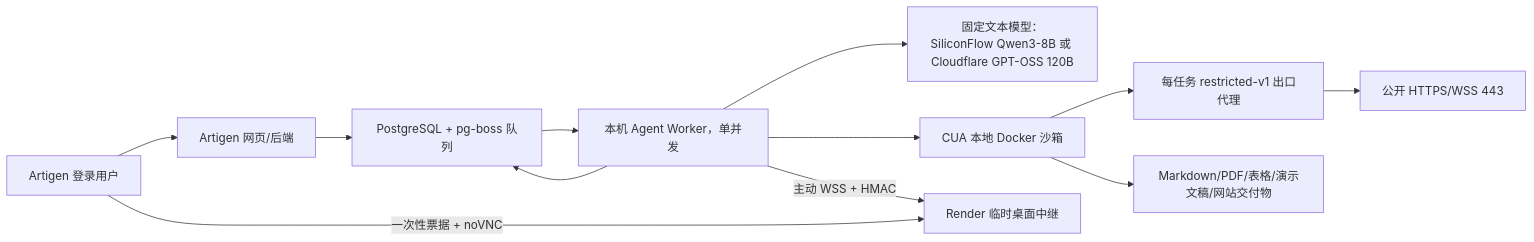
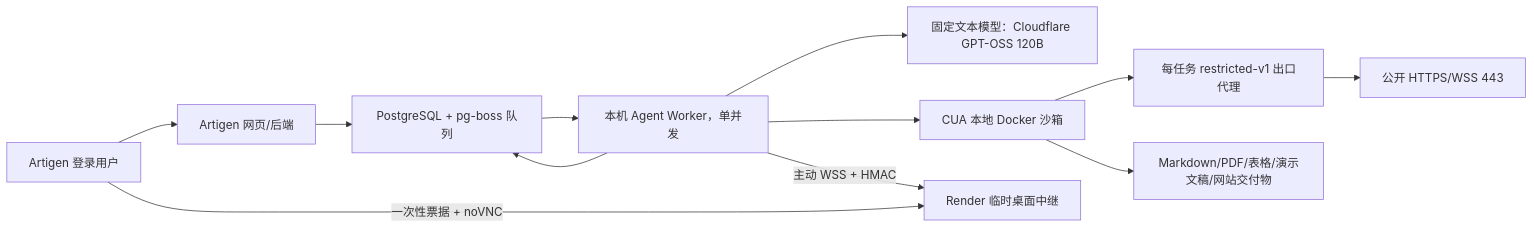
Before and after one commit to FengFan-1997/Artigen: the diagram in AGENT_OPERATIONS_RUNBOOK.zh-CN.md, drawn with Mermaid. The commit also changed other lines of this file and 44 other files, not shown here.

Commit message:
feat(agent): pin deployed text to cloudflare gpt-oss

````diff
--- a/AGENT_OPERATIONS_RUNBOOK.zh-CN.md
+++ b/AGENT_OPERATIONS_RUNBOOK.zh-CN.md
@@ -56,14 +56,14 @@
 ```mermaid
 flowchart LR
     U["Artigen 登录用户"] --> W["Artigen 网页/后端"]
     W --> DB["PostgreSQL + pg-boss 队列"]
     DB --> WK["本机 Agent Worker，单并发"]
-    WK --> O["固定文本模型：SiliconFlow Qwen3-8B 或 Cloudflare GPT-OSS 120B"]
+    WK --> O["固定文本模型：Cloudflare GPT-OSS 120B"]
     WK --> C["CUA 本地 Docker 沙箱"]
     C --> E["每任务 restricted-v1 出口代理"]
     E --> H["公开 HTTPS/WSS 443"]
     WK -->|"主动 WSS + HMAC"| R["Render 临时桌面中继"]
     U -->|"一次性票据 + noVNC"| R
     C --> A["Markdown/PDF/表格/演示文稿/网站交付物"]
     WK --> DB
 ```
````
